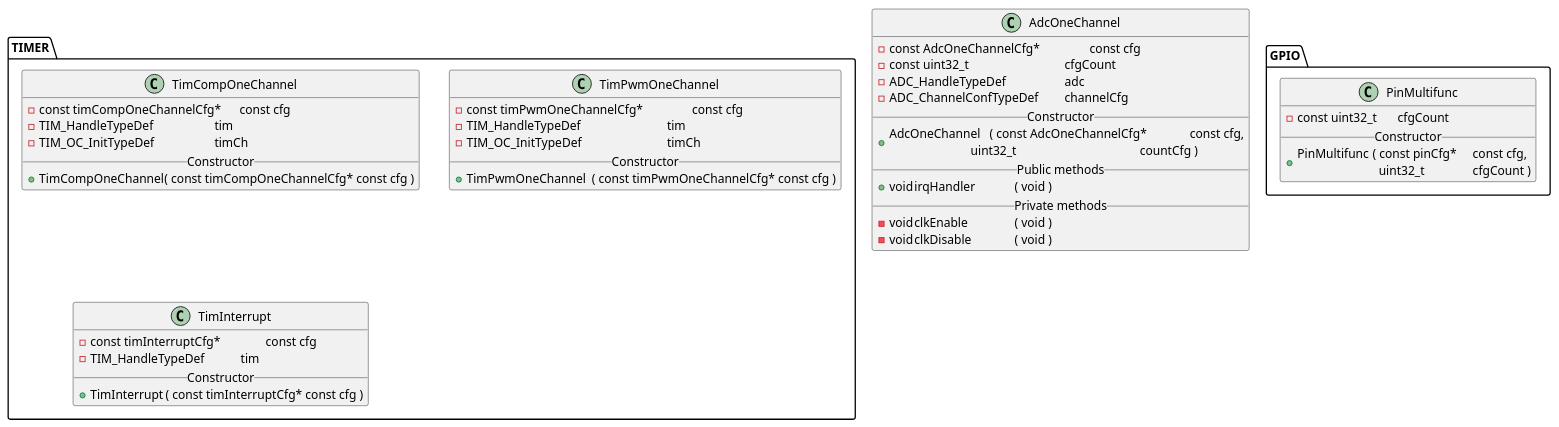
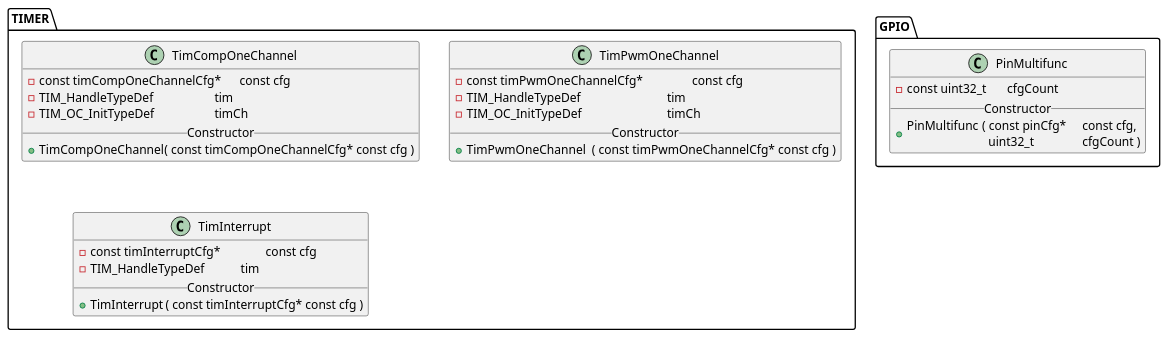
The diagram in implementation.pu (Vadimatorik/mk_hardware_interfaces), drawn with PlantUML before and after one commit. The commit also changed 10 other files, not shown here.

```diff
--- a/implementation.pu
+++ b/implementation.pu
@@ -1,54 +1,42 @@
 @startuml
 
-class AdcOneChannel {
-	{field}-	const AdcOneChannelCfg*		const cfg
-	{field}-	const uint32_t				cfgCount
-	{field}-	ADC_HandleTypeDef			adc
-	{field}-	ADC_ChannelConfTypeDef		channelCfg
-	__Constructor__
-	{method}+	AdcOneChannel	( const AdcOneChannelCfg*		const cfg,\n\t\t\t  uint32_t\t\t\t\t\tcountCfg )
-	__Public methods__
-	{method}+	void	irqHandler		( void )
-	__Private methods__
-	{method}-	void	clkEnable		( void )
-	{method}-	void	clkDisable		( void )
-}
+
 
 package TIMER {
 	
 class TimCompOneChannel {
 	{field}-	const timCompOneChannelCfg*	const cfg
 	{field}-	TIM_HandleTypeDef			tim
 	{field}-	TIM_OC_InitTypeDef			timCh
 	__Constructor__
 	{method}+	TimCompOneChannel	( const timCompOneChannelCfg* const cfg )
 }
 
 class TimPwmOneChannel {
 	{field}-	const timPwmOneChannelCfg*		const cfg
 	{field}-	TIM_HandleTypeDef				tim
 	{field}-	TIM_OC_InitTypeDef				timCh
 	__Constructor__
 	{method}+	TimPwmOneChannel	( const timPwmOneChannelCfg* const cfg )
 }
 
 class TimInterrupt {
 	{field}-	const timInterruptCfg*		const cfg
 	{field}-	TIM_HandleTypeDef		tim
 	__Constructor__
 	{method}+	TimInterrupt	( const timInterruptCfg* const cfg )
 }
 
 }
 
 package GPIO {
 
 class PinMultifunc {
 	{field}-	const uint32_t	cfgCount
 	__Constructor__
 	{method}+	PinMultifunc	( const pinCfg*	const cfg,\n\t\t\t  uint32_t		cfgCount )
 }
 
 }
 
 @enduml
```
